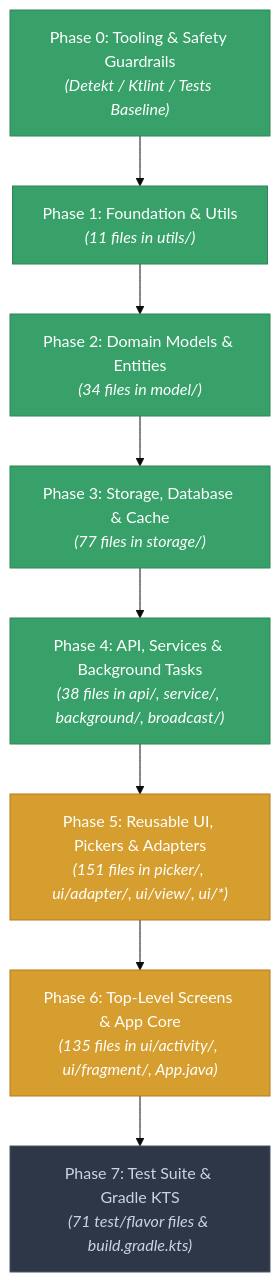
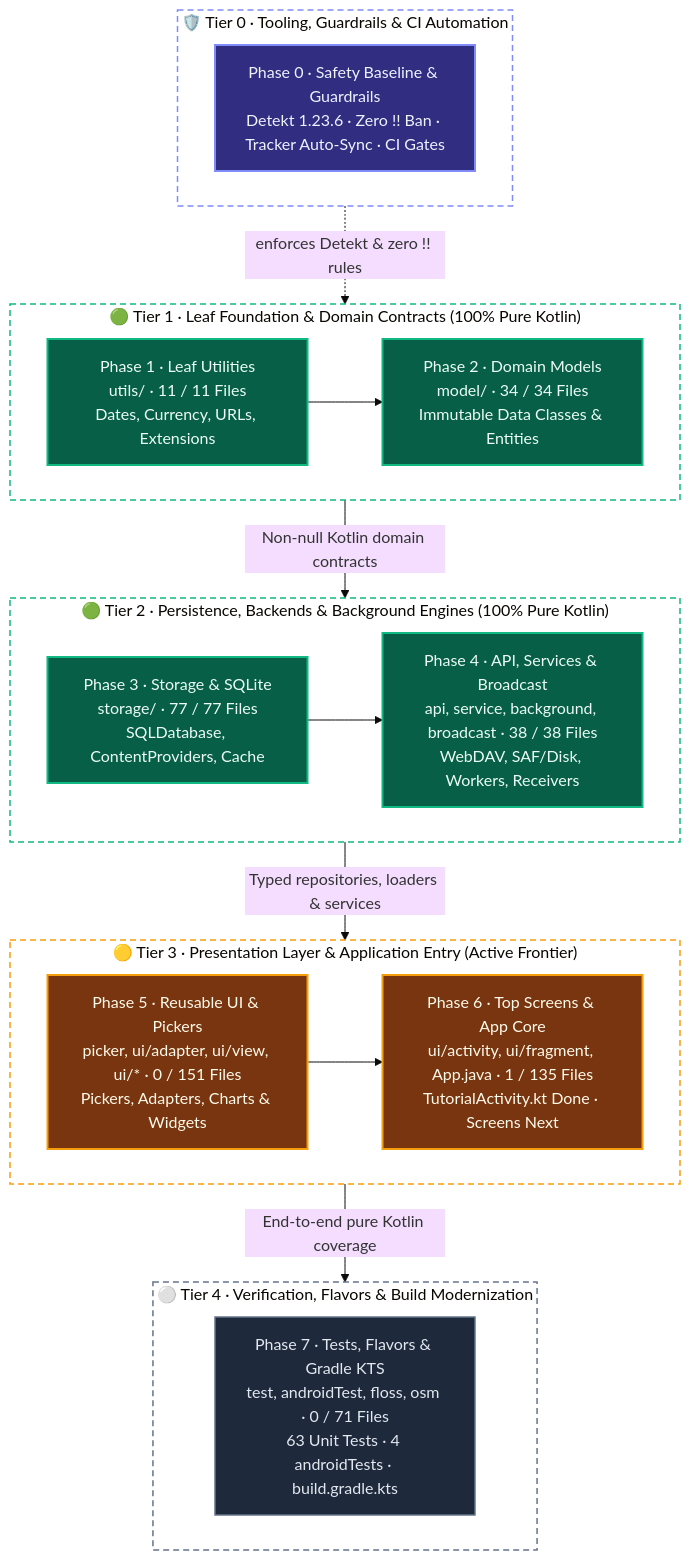
One commit to solomonrajan/cashledger changed the first of 2 diagrams in KOTLIN_MIGRATION.mdx. Above: the diagram before and after it, drawn with Mermaid (base theme). The commit also changed other lines of this file, not shown here.

Commit message:
docs(migration): redesign Migration Architecture & Flow diagram in KOTLIN_MIGRATION.mdx
Replace the plain vertical phase chain in KOTLIN_MIGRATION.mdx with a modern 5-tier layered architecture flowchart and harmonize the Master Timeline palette:

- Organized Migration Architecture & Flow into five architectural tiers (Tier 0 Guardrails -> Tier 1 Leaf Foundation -> Tier 2 Persistence & Services -> Tier 3 Presentation -> Tier 4 Verification & KTS) with transparent dashed subgraph containers for light/dark theme compatibility
- Highlighted real dependency boundaries and per-phase file progress (11/11 utils, 34/34 model, 77/77 storage, 38/38 API & services, 0/151 reusable UI, 1/135 screens, 0/71 tests & build scripts)
- Kept Update-MigrationTracker.ps1 node regex compatibility (P1..P7 :::complete/inprog/pending) and aligned the Master Timeline Mermaid palette

````diff
--- a/KOTLIN_MIGRATION.mdx
+++ b/KOTLIN_MIGRATION.mdx
@@ -59,23 +59,49 @@
 ```mermaid
-flowchart TD
-    classDef pending fill:#2D3748,stroke:#4A5568,color:#CBD5E0
-    classDef inprog fill:#D69E2E,stroke:#B7791F,color:#FFFFFF
-    classDef complete fill:#38A169,stroke:#2F855A,color:#FFFFFF
+flowchart TB
+    classDef guardrail fill:#312E81,stroke:#818CF8,stroke-width:2px,color:#EEF2FF
+    classDef complete fill:#065F46,stroke:#10B981,stroke-width:2px,color:#ECFDF5
+    classDef inprog fill:#78350F,stroke:#F59E0B,stroke-width:2px,color:#FFFBEB
+    classDef pending fill:#1E293B,stroke:#64748B,stroke-width:1.5px,color:#E2E8F0
 
-    P0["Phase 0: Tooling & Safety Guardrails<br/><i>(Detekt / Ktlint / Tests Baseline)</i>"]:::complete
-    P1["Phase 1: Foundation & Utils<br/><i>(11 files in utils/)</i>"]:::complete
-    P2["Phase 2: Domain Models & Entities<br/><i>(34 files in model/)</i>"]:::complete
-    P3["Phase 3: Storage, Database & Cache<br/><i>(77 files in storage/)</i>"]:::complete
-    P4["Phase 4: API, Services & Background Tasks<br/><i>(38 files in api/, service/, background/, broadcast/)</i>"]:::complete
-    P5["Phase 5: Reusable UI, Pickers & Adapters<br/><i>(151 files in picker/, ui/adapter/, ui/view/, ui/*)</i>"]:::inprog
-    P6["Phase 6: Top-Level Screens & App Core<br/><i>(135 files in ui/activity/, ui/fragment/, App.java)</i>"]:::inprog
-    P7["Phase 7: Test Suite & Gradle KTS<br/><i>(71 test/flavor files & build.gradle.kts)</i>"]:::pending
+    subgraph L0["🛡️ Tier 0 · Tooling, Guardrails & CI Automation"]
+        direction LR
+        P0["Phase 0 · Safety Baseline & Guardrails<br/>Detekt 1.23.6 · Zero !! Ban · Tracker Auto-Sync · CI Gates"]:::guardrail
+    end
 
-    P0 --> P1
-    P1 --> P2
-    P2 --> P3
-    P3 --> P4
-    P4 --> P5
-    P5 --> P6
-    P6 --> P7
+    subgraph L1["🟢 Tier 1 · Leaf Foundation & Domain Contracts (100% Pure Kotlin)"]
+        direction LR
+        P1["Phase 1 · Leaf Utilities<br/>utils/ · 11 / 11 Files<br/>Dates, Currency, URLs, Extensions"]:::complete
+        P2["Phase 2 · Domain Models<br/>model/ · 34 / 34 Files<br/>Immutable Data Classes & Entities"]:::complete
+        P1 --> P2
+    end
+
+    subgraph L2["🟢 Tier 2 · Persistence, Backends & Background Engines (100% Pure Kotlin)"]
+        direction LR
+        P3["Phase 3 · Storage & SQLite<br/>storage/ · 77 / 77 Files<br/>SQLDatabase, ContentProviders, Cache"]:::complete
+        P4["Phase 4 · API, Services & Broadcast<br/>api, service, background, broadcast · 38 / 38 Files<br/>WebDAV, SAF/Disk, Workers, Receivers"]:::complete
+        P3 --> P4
+    end
+
+    subgraph L3["🟡 Tier 3 · Presentation Layer & Application Entry (Active Frontier)"]
+        direction LR
+        P5["Phase 5 · Reusable UI & Pickers<br/>picker, ui/adapter, ui/view, ui/* · 0 / 151 Files<br/>Pickers, Adapters, Charts & Widgets"]:::inprog
+        P6["Phase 6 · Top Screens & App Core<br/>ui/activity, ui/fragment, App.java · 1 / 135 Files<br/>TutorialActivity.kt Done · Screens Next"]:::inprog
+        P5 --> P6
+    end
+
+    subgraph L4["⚪ Tier 4 · Verification, Flavors & Build Modernization"]
+        direction LR
+        P7["Phase 7 · Tests, Flavors & Gradle KTS<br/>test, androidTest, floss, osm · 0 / 71 Files<br/>63 Unit Tests · 4 androidTests · build.gradle.kts"]:::pending
+    end
+
+    L0 -. enforces Detekt & zero !! rules .-> L1
+    L1 -->|"Non-null Kotlin domain contracts"| L2
+    L2 -->|"Typed repositories, loaders & services"| L3
+    L3 -->|"End-to-end pure Kotlin coverage"| L4
+
+    style L0 fill:none,stroke:#818CF8,stroke-width:1.5px,stroke-dasharray:6 4
+    style L1 fill:none,stroke:#10B981,stroke-width:1.5px,stroke-dasharray:6 4
+    style L2 fill:none,stroke:#10B981,stroke-width:1.5px,stroke-dasharray:6 4
+    style L3 fill:none,stroke:#F59E0B,stroke-width:1.5px,stroke-dasharray:6 4
+    style L4 fill:none,stroke:#64748B,stroke-width:1.5px,stroke-dasharray:6 4
 ```
````
